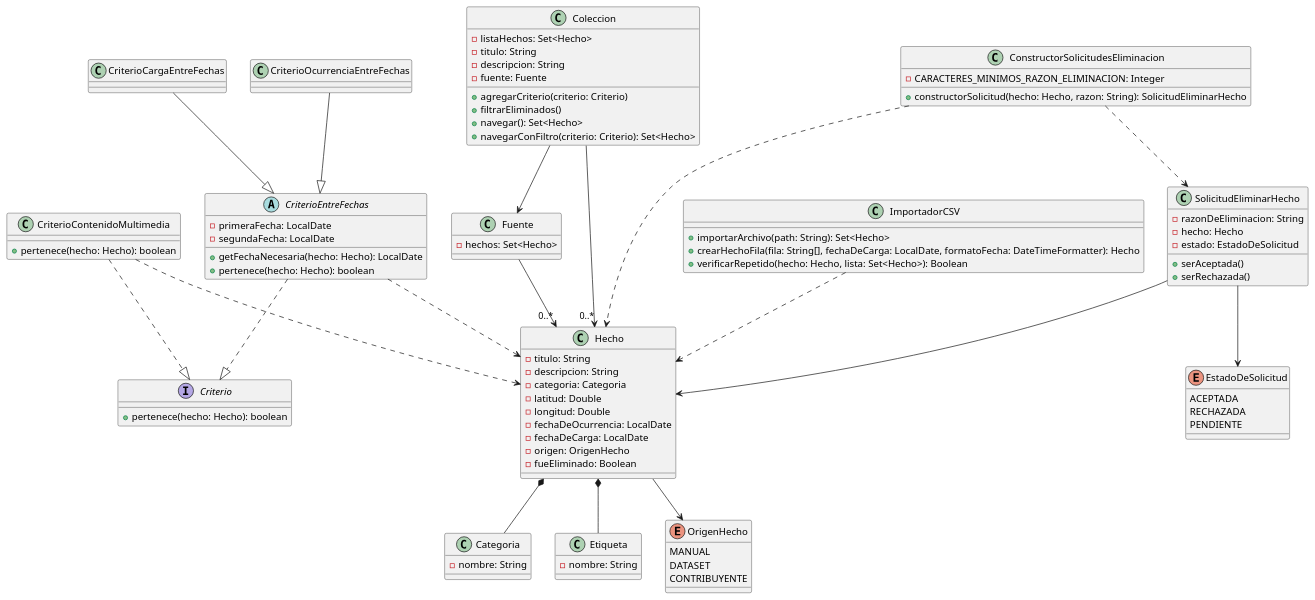
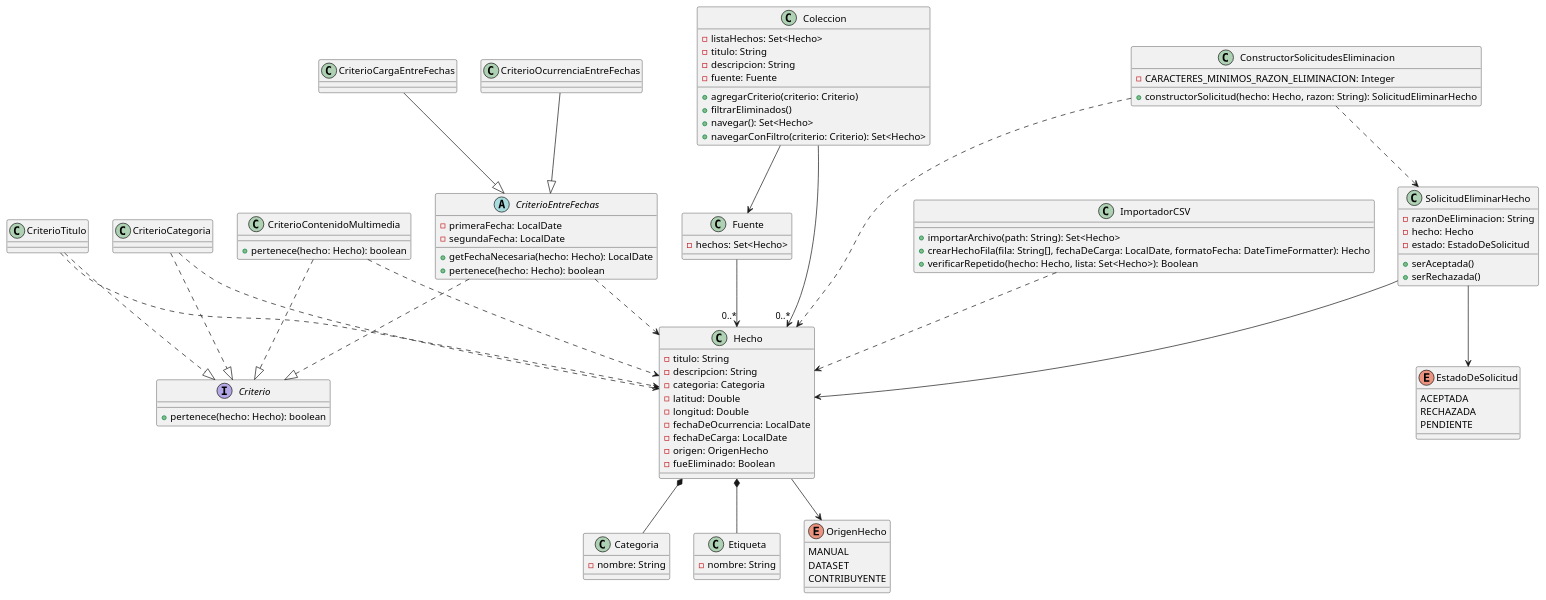
The diagram in diagramas/diagramaClases.puml (nicoScatolon/ddsi-tp-2025), drawn with PlantUML before and after one commit. The commit also changed 6 other files, not shown here.

Commit message:
Actualizo el diagrama de clases (modelado de criterios) y cambio el path del test csv para correrlo en local.

```diff
--- a/diagramas/diagramaClases.puml
+++ b/diagramas/diagramaClases.puml
@@ -1,131 +1,140 @@
 @startuml
 'https://plantuml.com/class-diagram
 
 
 
 interface Criterio {
     +pertenece(hecho: Hecho): boolean
 }
 
 
 abstract class CriterioEntreFechas {
     -primeraFecha: LocalDate
     -segundaFecha: LocalDate
     +getFechaNecesaria(hecho: Hecho): LocalDate
     +pertenece(hecho: Hecho): boolean
 }
 
 class CriterioCargaEntreFechas {
 
 }
 
 class CriterioOcurrenciaEntreFechas {
 
 }
+
+class CriterioTitulo{
+}
+class CriterioCategoria{
+}
+
 
 class CriterioContenidoMultimedia {
     +pertenece(hecho: Hecho): boolean
 }
 
 
 class Hecho {
     -titulo: String
     -descripcion: String
     -categoria: Categoria
     -latitud: Double
     -longitud: Double
     -fechaDeOcurrencia: LocalDate
     -fechaDeCarga: LocalDate
     -origen: OrigenHecho
     -fueEliminado: Boolean
 }
 
 class Categoria {
     -nombre: String
 }
 
 class Etiqueta {
     -nombre: String
 }
 
 class Coleccion {
     -listaHechos: Set<Hecho>
     -titulo: String
     -descripcion: String
     -fuente: Fuente
     +agregarCriterio(criterio: Criterio)
     +filtrarEliminados()
     +navegar(): Set<Hecho>
     +navegarConFiltro(criterio: Criterio): Set<Hecho>
 }
 
 class Fuente {
     -hechos: Set<Hecho>
 }
 
 enum OrigenHecho {
     MANUAL
     DATASET
     CONTRIBUYENTE
 }
 
 
 class ConstructorSolicitudesEliminacion {
     -CARACTERES_MINIMOS_RAZON_ELIMINACION: Integer
     +constructorSolicitud(hecho: Hecho, razon: String): SolicitudEliminarHecho
 }
 
 class SolicitudEliminarHecho {
     -razonDeEliminacion: String
     -hecho: Hecho
     -estado: EstadoDeSolicitud
     +serAceptada()
     +serRechazada()
 }
 
 enum EstadoDeSolicitud {
     ACEPTADA
     RECHAZADA
     PENDIENTE
 }
 
 
 class ImportadorCSV {
     +importarArchivo(path: String): Set<Hecho>
     +crearHechoFila(fila: String[], fechaDeCarga: LocalDate, formatoFecha: DateTimeFormatter): Hecho
     +verificarRepetido(hecho: Hecho, lista: Set<Hecho>): Boolean
 }
 
 
 '==================== RELACIONES ====================
 
-
+CriterioCategoria ..|> Criterio
+CriterioTitulo ..|> Criterio
 CriterioEntreFechas ..|> Criterio
 CriterioCargaEntreFechas --|> CriterioEntreFechas
 CriterioOcurrenciaEntreFechas --|> CriterioEntreFechas
 CriterioContenidoMultimedia ..|> Criterio
 
 
 Hecho *-- Categoria
 Hecho *-- Etiqueta
 
 
 Coleccion --> Fuente
 Coleccion --> "0..*" Hecho
 
 Fuente --> "0..*" Hecho
 
 SolicitudEliminarHecho --> Hecho
 SolicitudEliminarHecho --> EstadoDeSolicitud
 
 Hecho --> OrigenHecho
 
 CriterioEntreFechas ..> Hecho
 CriterioContenidoMultimedia ..> Hecho
+CriterioCategoria ..> Hecho
+CriterioTitulo ..> Hecho
 ImportadorCSV ..> Hecho
 
 
 ConstructorSolicitudesEliminacion ..> SolicitudEliminarHecho
 ConstructorSolicitudesEliminacion ..> Hecho
 
 @enduml
```
